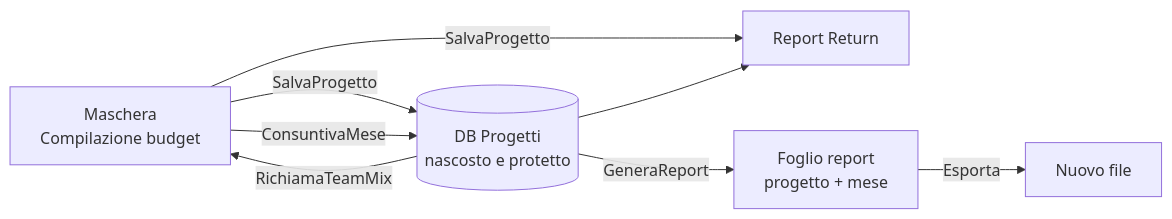
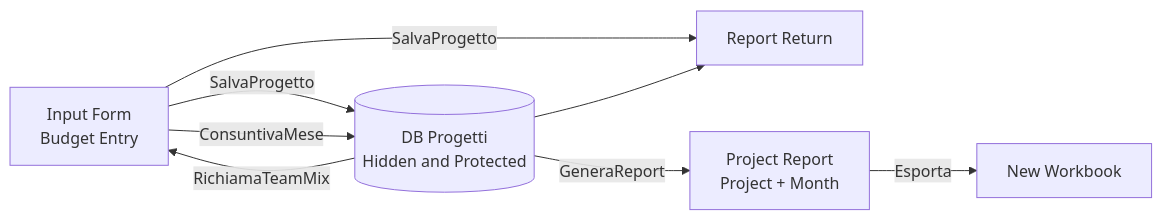
The diagram in Monitoraggio-progetti/README.md (caporz/Healthcare-Process-Automation), drawn with Mermaid before and after one commit. The commit also changed other lines of this file, not shown here.

````diff
--- a/Monitoraggio-progetti/README.md
+++ b/Monitoraggio-progetti/README.md
@@ -16,10 +16,10 @@
 ```mermaid
 flowchart LR
-    A[Maschera<br/>Compilazione budget] -->|SalvaProgetto| B[(DB Progetti<br/>nascosto e protetto)]
+    A[Input Form<br/>Budget Entry] -->|SalvaProgetto| B[(DB Progetti<br/>Hidden and Protected)]
     A -->|SalvaProgetto| R[Report Return]
     B -->|RichiamaTeamMix| A
     A -->|ConsuntivaMese| B
     B --> R
-    B -->|GeneraReport| S[Foglio report<br/>progetto + mese]
-    S -->|Esporta| X[Nuovo file]
+    B -->|GeneraReport| S[Project Report<br/>Project + Month]
+    S -->|Esporta| X[New Workbook]
 ```
````
